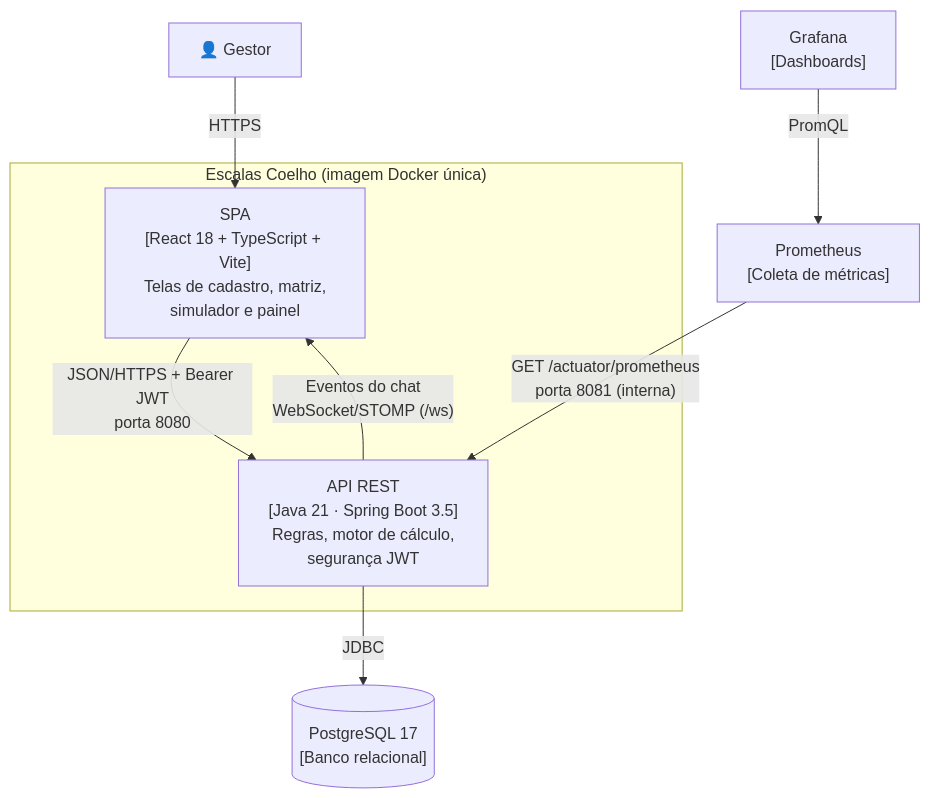
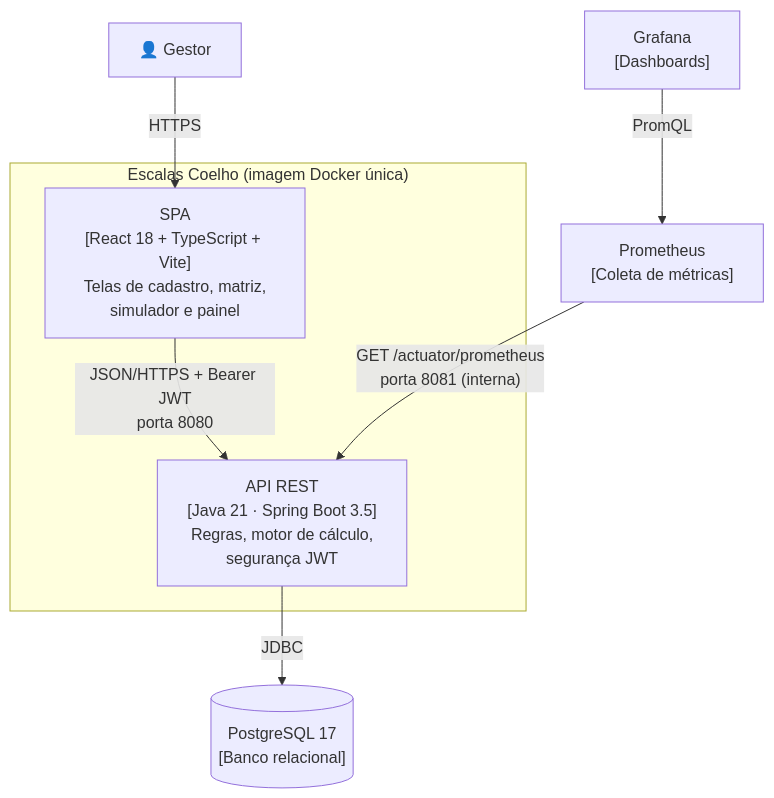
One commit to GabrielCoelhom12/TCC-MERCADO-COELHO changed the second of 4 diagrams in docs/arquitetura.md. Above: the diagram before and after it, drawn with Mermaid. The commit also changed other lines of this file and 49 other files, not shown here.

````diff
--- a/docs/arquitetura.md
+++ b/docs/arquitetura.md
@@ -23,20 +23,19 @@
 ```mermaid
 flowchart TB
     gestor["👤 Gestor"]
 
     subgraph app["Escalas Coelho (imagem Docker única)"]
         spa["SPA<br/>[React 18 + TypeScript + Vite]<br/>Telas de cadastro, matriz,<br/>simulador e painel"]
         api["API REST<br/>[Java 21 · Spring Boot 3.5]<br/>Regras, motor de cálculo,<br/>segurança JWT"]
     end
 
     db[("PostgreSQL 17<br/>[Banco relacional]")]
     prom["Prometheus<br/>[Coleta de métricas]"]
     graf["Grafana<br/>[Dashboards]"]
 
     gestor -- "HTTPS" --> spa
     spa -- "JSON/HTTPS + Bearer JWT<br/>porta 8080" --> api
-    api -- "Eventos do chat<br/>WebSocket/STOMP (/ws)" --> spa
     api -- "JDBC" --> db
     prom -- "GET /actuator/prometheus<br/>porta 8081 (interna)" --> api
     graf -- "PromQL" --> prom
 ```
````
